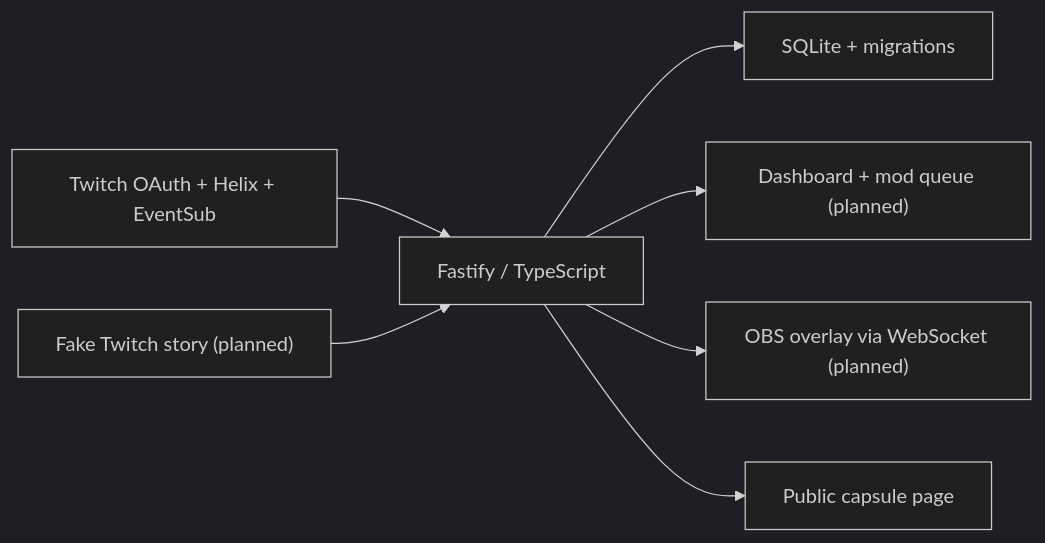
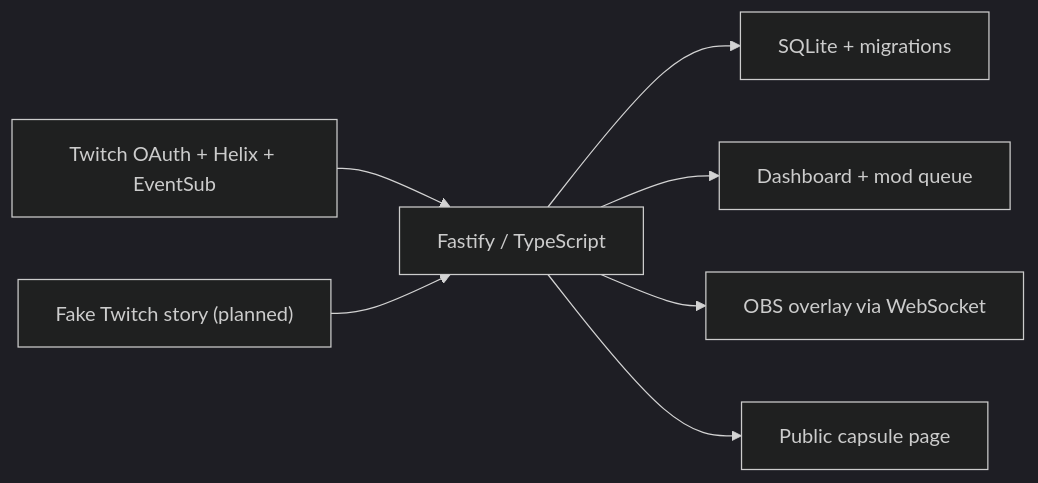
The diagram in README.md (romilp619/twitch-time-capsule), drawn with Mermaid (dark theme) before and after one commit. The commit also changed other lines of this file and 21 other files, not shown here.

Commit message:
Add persistent opening ceremonies and transparent OBS overlay

````diff
--- a/README.md
+++ b/README.md
@@ -66,9 +66,9 @@
 ```mermaid
 flowchart LR
   Twitch["Twitch OAuth + Helix + EventSub"] --> Server["Fastify / TypeScript"]
   Server --> DB["SQLite + migrations"]
-  Server --> Dashboard["Dashboard + mod queue (planned)"]
-  Server --> Overlay["OBS overlay via WebSocket (planned)"]
+  Server --> Dashboard["Dashboard + mod queue"]
+  Server --> Overlay["OBS overlay via WebSocket"]
   Server --> Public["Public capsule page"]
   Demo["Fake Twitch story (planned)"] --> Server
 ```
````
